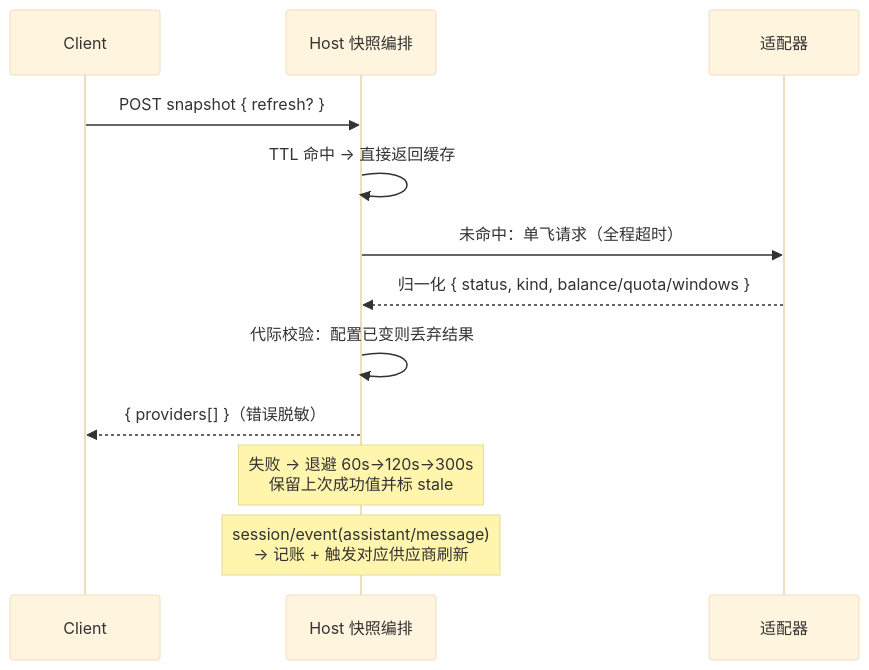
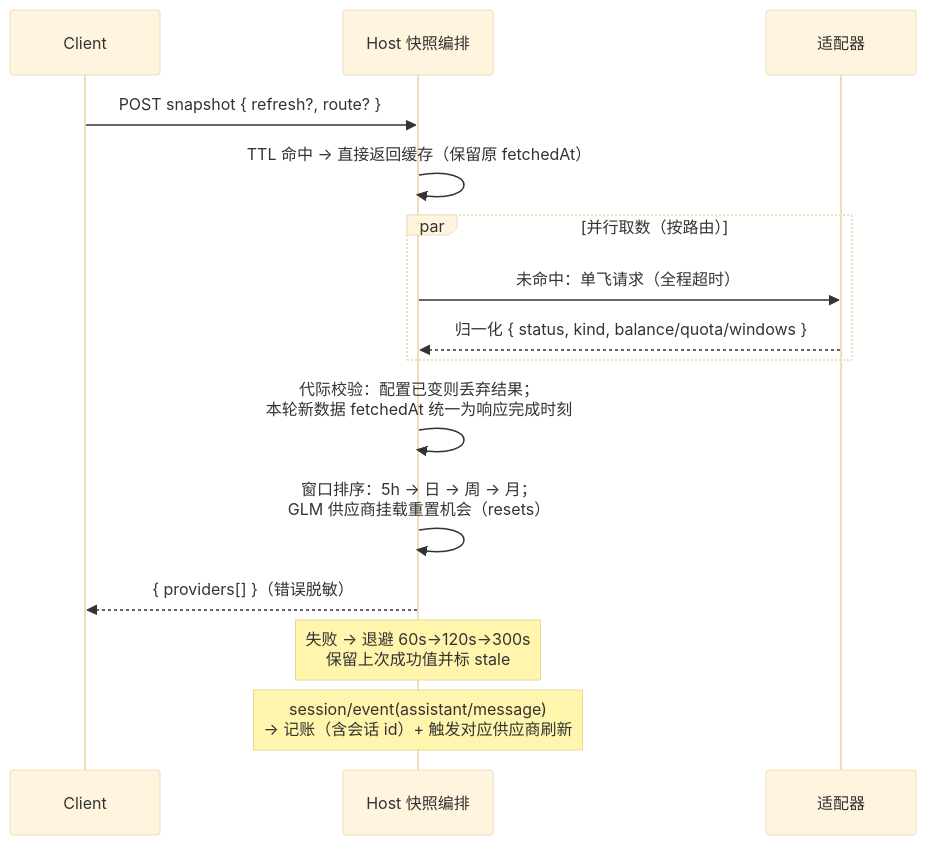
One commit to Antecer/dsh-model-usage changed the fourth of 5 diagrams in docs/architecture.md. Above: the diagram before and after it, drawn with Mermaid (base theme). The commit also changed other lines of this file and 8 other files, not shown here.

````diff
--- a/docs/architecture.md
+++ b/docs/architecture.md
@@ -109,14 +114,17 @@
 ```mermaid
 sequenceDiagram
   participant C as Client
   participant H as Host 快照编排
   participant A as 适配器
-  C->>H: POST snapshot { refresh? }
-  H->>H: TTL 命中 → 直接返回缓存
-  H->>A: 未命中：单飞请求（全程超时）
-  A-->>H: 归一化 { status, kind, balance/quota/windows }
-  H->>H: 代际校验：配置已变则丢弃结果
+  C->>H: POST snapshot { refresh?, route? }
+  H->>H: TTL 命中 → 直接返回缓存（保留原 fetchedAt）
+  par 并行取数（按路由）
+    H->>A: 未命中：单飞请求（全程超时）
+    A-->>H: 归一化 { status, kind, balance/quota/windows }
+  end
+  H->>H: 代际校验：配置已变则丢弃结果；<br/>本轮新数据 fetchedAt 统一为响应完成时刻
+  H->>H: 窗口排序：5h → 日 → 周 → 月；<br/>GLM 供应商挂载重置机会（resets）
   H-->>C: { providers[] }（错误脱敏）
   Note over H: 失败 → 退避 60s→120s→300s<br/>保留上次成功值并标 stale
-  Note over H: session/event(assistant/message)<br/>→ 记账 + 触发对应供应商刷新
+  Note over H: session/event(assistant/message)<br/>→ 记账（含会话 id）+ 触发对应供应商刷新
 ```
````
